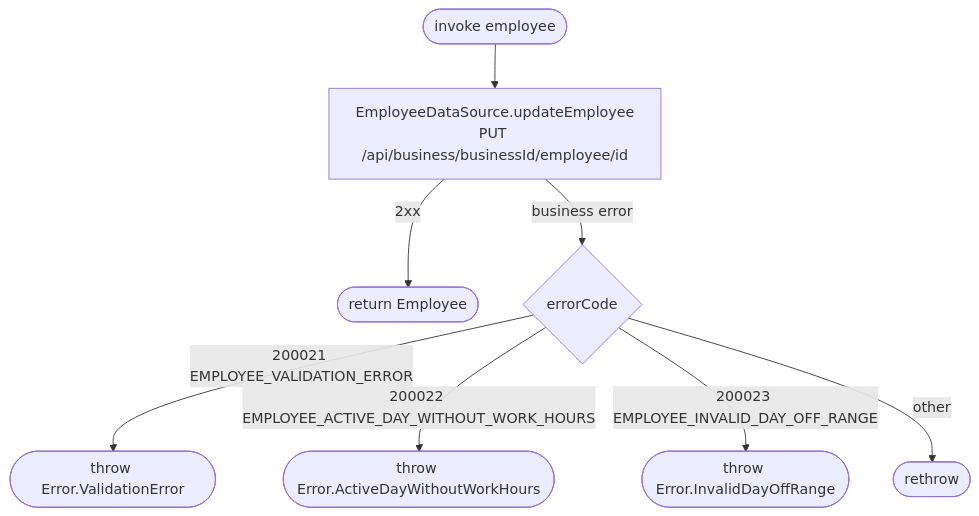
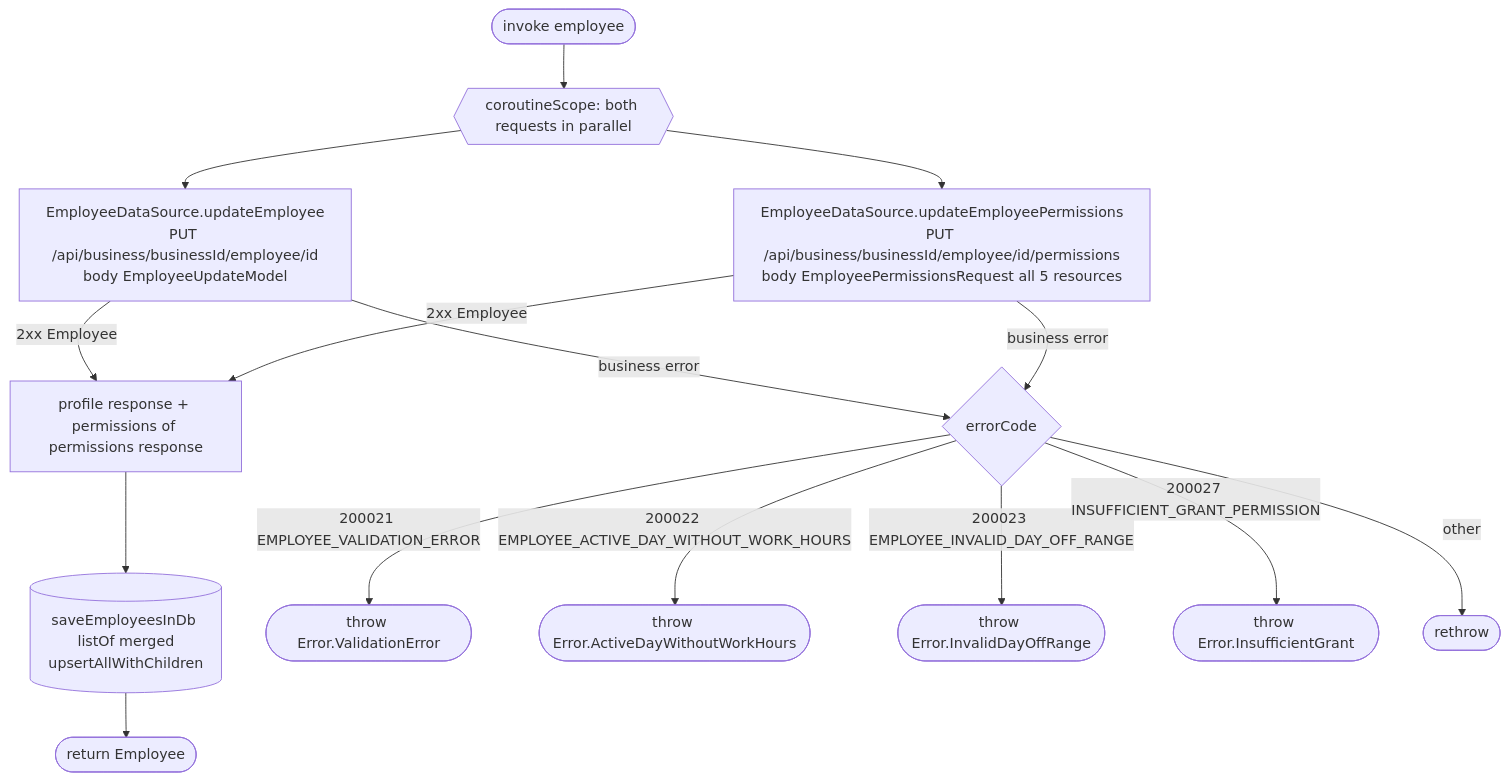
One commit to nocturneproperties/bookkme-client changed the diagram in docs/operations/employees/update-employee.md. Above: the diagram before and after it, drawn with Mermaid. The commit also changed other lines of this file and 95 other files, not shown here.

````diff
--- a/docs/operations/employees/update-employee.md
+++ b/docs/operations/employees/update-employee.md
@@ -11,10 +21,17 @@
 ```mermaid
 flowchart TD
-    Start([invoke employee]) --> Net[EmployeeDataSource.updateEmployee<br/>PUT /api/business/businessId/employee/id]
-    Net -- 2xx --> R([return Employee])
-    Net -- business error --> Code{errorCode}
+    Start([invoke employee]) --> Par{{coroutineScope: both requests in parallel}}
+    Par --> Net1[EmployeeDataSource.updateEmployee<br/>PUT /api/business/businessId/employee/id<br/>body EmployeeUpdateModel]
+    Par --> Net2[EmployeeDataSource.updateEmployeePermissions<br/>PUT /api/business/businessId/employee/id/permissions<br/>body EmployeePermissionsRequest all 5 resources]
+    Net1 -- 2xx Employee --> Merge[profile response + permissions of permissions response]
+    Net2 -- 2xx Employee --> Merge
+    Merge --> Save[(saveEmployeesInDb listOf merged<br/>upsertAllWithChildren)]
+    Save --> R([return Employee])
+    Net1 -- business error --> Code{errorCode}
+    Net2 -- business error --> Code
     Code -- 200021 EMPLOYEE_VALIDATION_ERROR --> E1([throw Error.ValidationError])
     Code -- 200022 EMPLOYEE_ACTIVE_DAY_WITHOUT_WORK_HOURS --> E2([throw Error.ActiveDayWithoutWorkHours])
     Code -- 200023 EMPLOYEE_INVALID_DAY_OFF_RANGE --> E3([throw Error.InvalidDayOffRange])
+    Code -- 200027 INSUFFICIENT_GRANT_PERMISSION --> E4([throw Error.InsufficientGrant])
     Code -- other --> EX([rethrow])
 ```
````
